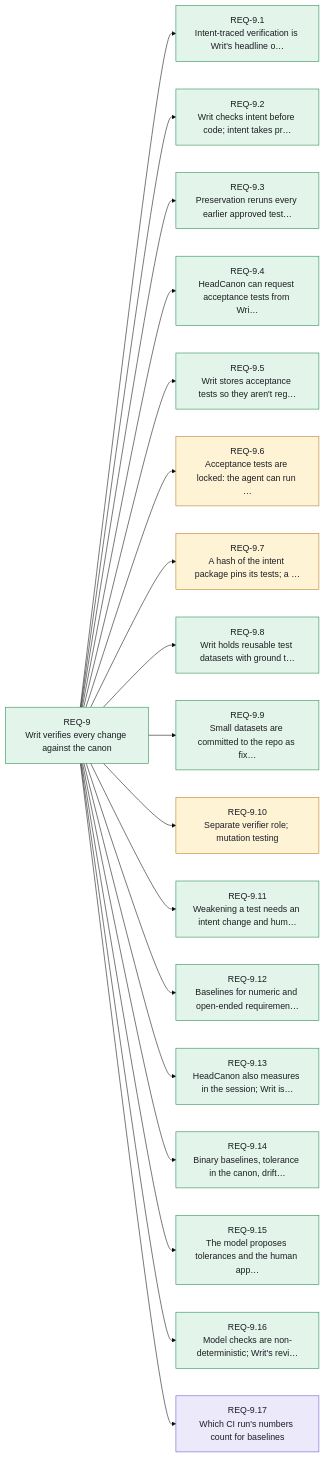
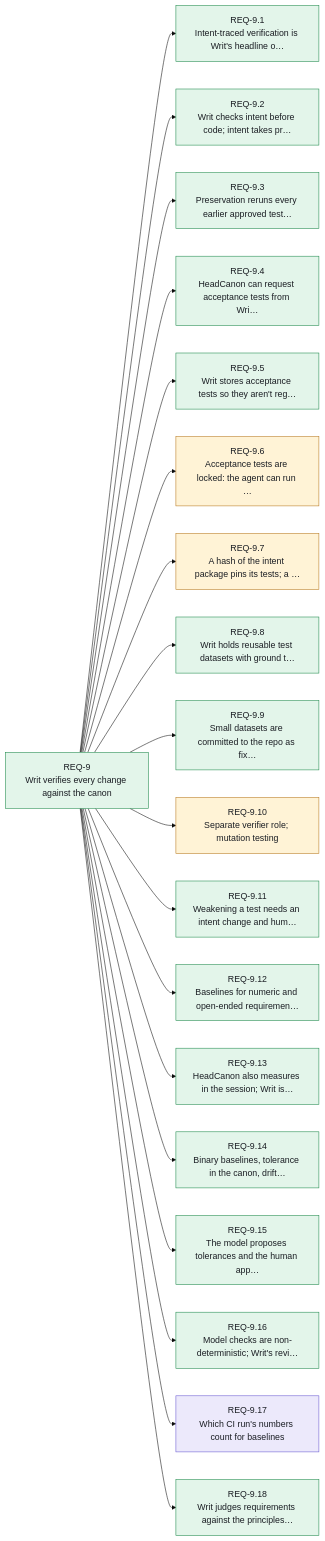
One commit to Althis/headcanon changed the tenth of 14 diagrams in canon/INDEX.md. Above: the diagram before and after it, drawn with Mermaid (base theme). The commit also changed other lines of this file and 6 other files, not shown here.

First line of the commit message:
feat(canon): principles are a layer tested against requirements by a model judge

````diff
--- a/canon/INDEX.md
+++ b/canon/INDEX.md
@@ -407,43 +409,45 @@
 ```mermaid
 flowchart LR
     REQ_9["REQ-9<br/>Writ verifies every change against the canon"]:::stated
     REQ_9_1["REQ-9.1<br/>Intent-traced verification is Writ's headline o…"]:::stated
     REQ_9_2["REQ-9.2<br/>Writ checks intent before code; intent takes pr…"]:::stated
     REQ_9_3["REQ-9.3<br/>Preservation reruns every earlier approved test…"]:::stated
     REQ_9_4["REQ-9.4<br/>HeadCanon can request acceptance tests from Wri…"]:::stated
     REQ_9_5["REQ-9.5<br/>Writ stores acceptance tests so they aren't reg…"]:::stated
     REQ_9_6["REQ-9.6<br/>Acceptance tests are locked: the agent can run …"]:::assumed
     REQ_9_7["REQ-9.7<br/>A hash of the intent package pins its tests; a …"]:::assumed
     REQ_9_8["REQ-9.8<br/>Writ holds reusable test datasets with ground t…"]:::stated
     REQ_9_9["REQ-9.9<br/>Small datasets are committed to the repo as fix…"]:::stated
     REQ_9_10["REQ-9.10<br/>Separate verifier role; mutation testing"]:::assumed
     REQ_9_11["REQ-9.11<br/>Weakening a test needs an intent change and hum…"]:::stated
     REQ_9_12["REQ-9.12<br/>Baselines for numeric and open-ended requiremen…"]:::stated
     REQ_9_13["REQ-9.13<br/>HeadCanon also measures in the session; Writ is…"]:::stated
     REQ_9_14["REQ-9.14<br/>Binary baselines, tolerance in the canon, drift…"]:::stated
     REQ_9_15["REQ-9.15<br/>The model proposes tolerances and the human app…"]:::stated
     REQ_9_16["REQ-9.16<br/>Model checks are non-deterministic; Writ's revi…"]:::stated
     REQ_9_17["REQ-9.17<br/>Which CI run's numbers count for baselines"]:::open
+    REQ_9_18["REQ-9.18<br/>Writ judges requirements against the principles…"]:::stated
     REQ_9 --> REQ_9_1
     REQ_9 --> REQ_9_2
     REQ_9 --> REQ_9_3
     REQ_9 --> REQ_9_4
     REQ_9 --> REQ_9_5
     REQ_9 --> REQ_9_6
     REQ_9 --> REQ_9_7
     REQ_9 --> REQ_9_8
     REQ_9 --> REQ_9_9
     REQ_9 --> REQ_9_10
     REQ_9 --> REQ_9_11
     REQ_9 --> REQ_9_12
     REQ_9 --> REQ_9_13
     REQ_9 --> REQ_9_14
     REQ_9 --> REQ_9_15
     REQ_9 --> REQ_9_16
     REQ_9 --> REQ_9_17
+    REQ_9 --> REQ_9_18
     classDef stated fill:#e3f5ea,stroke:#1f8a4c,color:#1a1d23
     classDef resolved fill:#e8efff,stroke:#2563eb,color:#1a1d23
     classDef assumed fill:#fff3d6,stroke:#b7791f,color:#1a1d23
     classDef open fill:#ece9fb,stroke:#6b5bd2,color:#1a1d23
     classDef contested fill:#fde7e8,stroke:#d13438,color:#1a1d23
 ```
````
